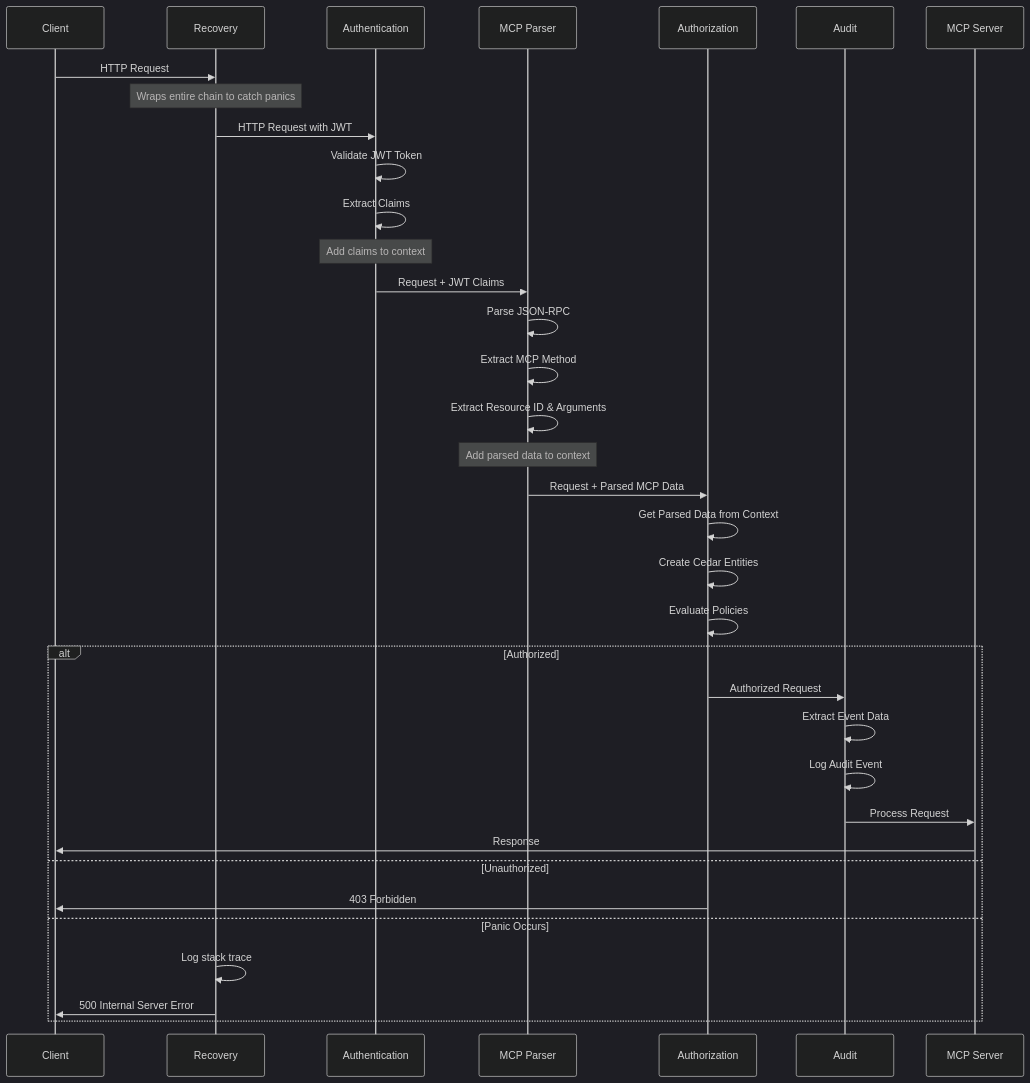
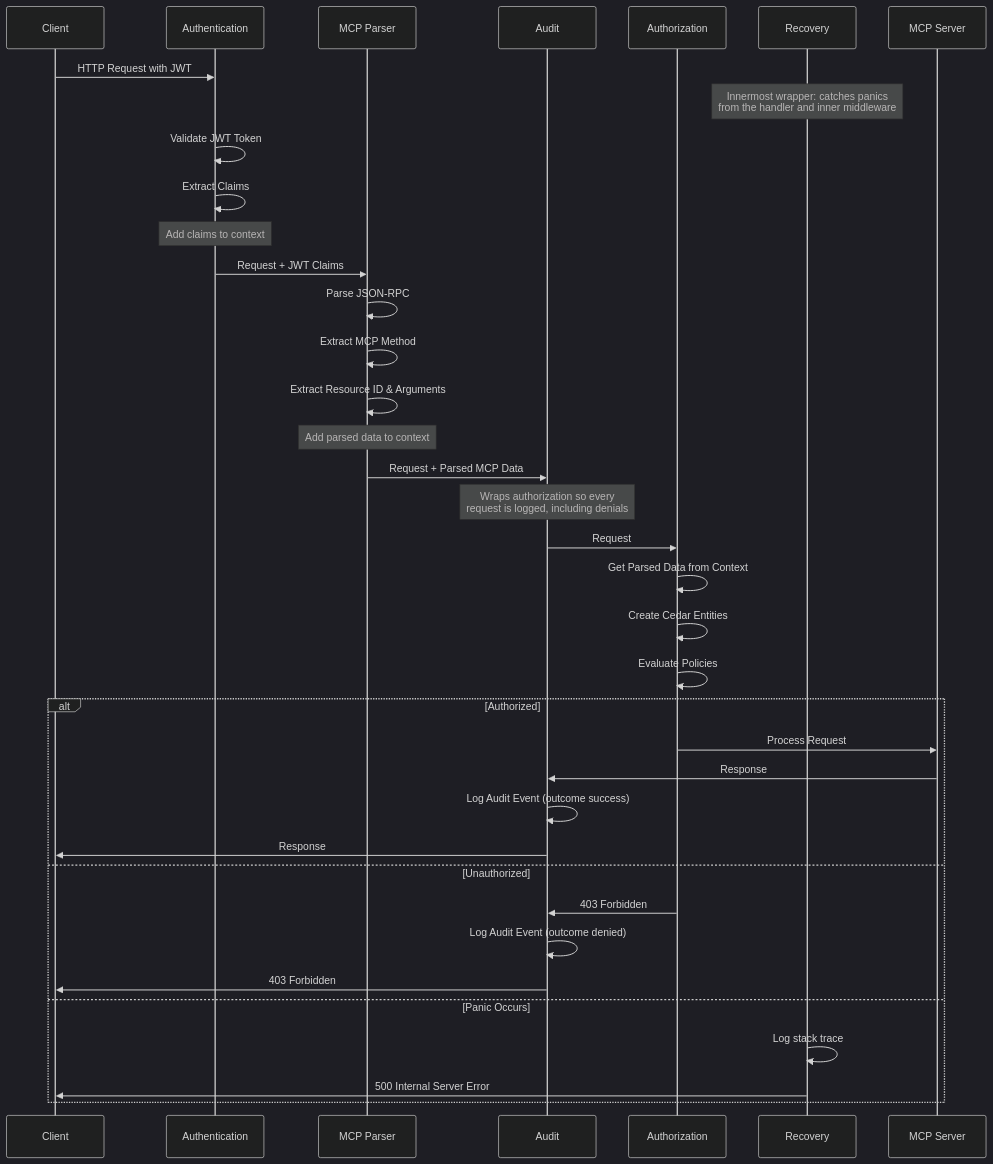
The second of 4 diagrams in docs/middleware.md (stacklok/toolhive), drawn with Mermaid (dark theme) before and after one commit. The commit also changed other lines of this file and 7 other files, not shown here.

First line of the commit message:
Audit authorization denials on the proxy runner path

````diff
--- a/docs/middleware.md
+++ b/docs/middleware.md
@@ -101,42 +101,44 @@
 ```mermaid
 sequenceDiagram
     participant Client
-    participant Recovery as Recovery
     participant Auth as Authentication
     participant Parser as MCP Parser
+    participant Audit as Audit
     participant Authz as Authorization
-    participant Audit as Audit
+    participant Recovery as Recovery
     participant Server as MCP Server
 
-    Client->>Recovery: HTTP Request
-    Note over Recovery: Wraps entire chain to catch panics
-
-    Recovery->>Auth: HTTP Request with JWT
+    Client->>Auth: HTTP Request with JWT
+    Note over Recovery: Innermost wrapper: catches panics<br/>from the handler and inner middleware
     Auth->>Auth: Validate JWT Token
     Auth->>Auth: Extract Claims
     Note over Auth: Add claims to context
 
     Auth->>Parser: Request + JWT Claims
     Parser->>Parser: Parse JSON-RPC
     Parser->>Parser: Extract MCP Method
     Parser->>Parser: Extract Resource ID & Arguments
     Note over Parser: Add parsed data to context
 
-    Parser->>Authz: Request + Parsed MCP Data
+    Parser->>Audit: Request + Parsed MCP Data
+    Note over Audit: Wraps authorization so every<br/>request is logged, including denials
+
+    Audit->>Authz: Request
     Authz->>Authz: Get Parsed Data from Context
     Authz->>Authz: Create Cedar Entities
     Authz->>Authz: Evaluate Policies
 
     alt Authorized
-        Authz->>Audit: Authorized Request
-        Audit->>Audit: Extract Event Data
-        Audit->>Audit: Log Audit Event
-        Audit->>Server: Process Request
-        Server->>Client: Response
+        Authz->>Server: Process Request
+        Server->>Audit: Response
+        Audit->>Audit: Log Audit Event (outcome success)
+        Audit->>Client: Response
     else Unauthorized
-        Authz->>Client: 403 Forbidden
+        Authz->>Audit: 403 Forbidden
+        Audit->>Audit: Log Audit Event (outcome denied)
+        Audit->>Client: 403 Forbidden
     else Panic Occurs
         Recovery->>Recovery: Log stack trace
         Recovery->>Client: 500 Internal Server Error
     end
 ```
````
